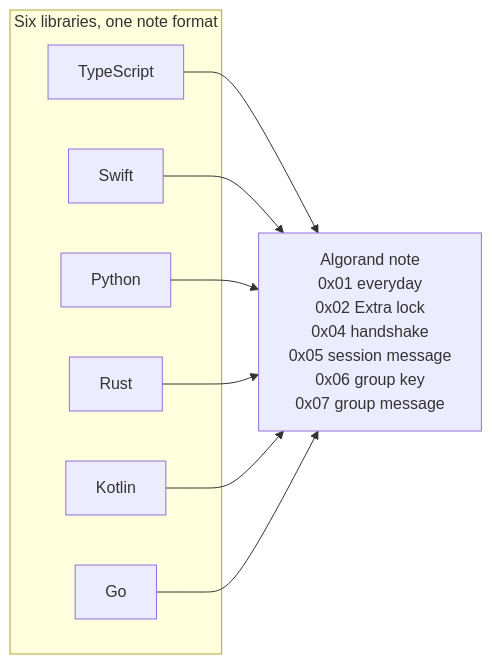
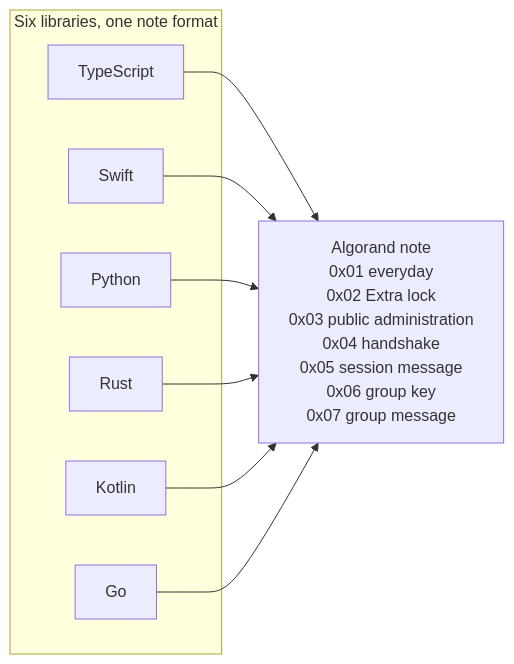
The first of 2 diagrams in README.md (CorvidLabs/algochat), drawn with Mermaid before and after one commit. The commit also changed other lines of this file and 23 other files, not shown here.

````diff
--- a/README.md
+++ b/README.md
@@ -28,18 +28,18 @@
 ```mermaid
 flowchart LR
     subgraph libs["Six libraries, one note format"]
         TS[TypeScript]
         SW[Swift]
         PY[Python]
         RS[Rust]
         KT[Kotlin]
         GO[Go]
     end
-    NOTE["Algorand note<br/>0x01 everyday<br/>0x02 Extra lock<br/>0x04 handshake<br/>0x05 session message<br/>0x06 group key<br/>0x07 group message"]
+    NOTE["Algorand note<br/>0x01 everyday<br/>0x02 Extra lock<br/>0x03 public administration<br/>0x04 handshake<br/>0x05 session message<br/>0x06 group key<br/>0x07 group message"]
     TS --> NOTE
     SW --> NOTE
     PY --> NOTE
     RS --> NOTE
     KT --> NOTE
     GO --> NOTE
 ```
````
